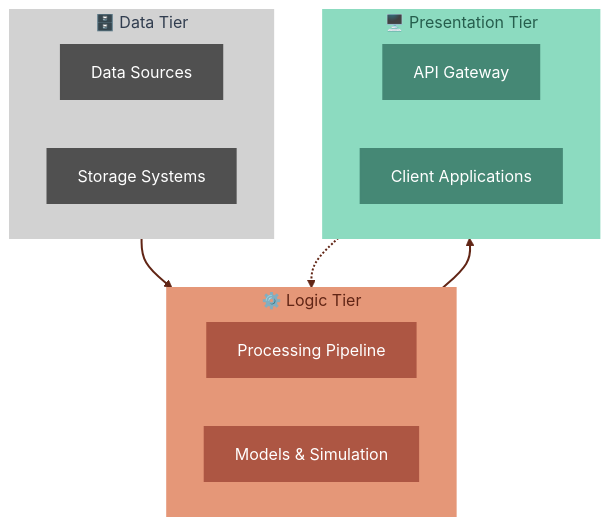
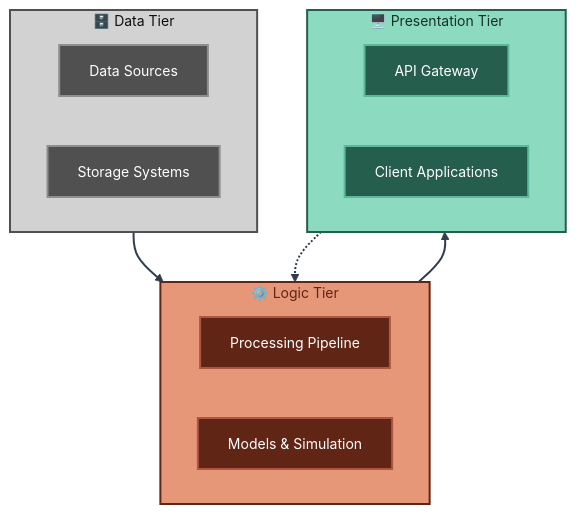
One commit to XRFutureForests/digital-twin-db changed the first of 4 diagrams in docs/architecture/detailed-architecture.md. Above: the diagram before and after it, drawn with Mermaid. The commit also changed other lines of this file and 13 other files, not shown here.

````diff
--- a/docs/architecture/detailed-architecture.md
+++ b/docs/architecture/detailed-architecture.md
@@ -9,46 +9,49 @@
 ```mermaid
 %%{
-init: {c
+init: {
 'theme': 'base',
 'themeVariables': {
 'fontSize': '14px',
 'secondaryColor': '#8e8e8e'
 }
 }
 }%%
 flowchart TB
 subgraph DATA["🗄️ Data Tier"]
 D1[Data Sources]
 D2[Storage Systems]
 end
 
 subgraph LOGIC["⚙️ Logic Tier"]
 L1[Processing Pipeline]
 L2[Models & Simulation]
 end
 
 subgraph PRESENTATION["🖥️ Presentation Tier"]
 P1[API Gateway]
 P2[Client Applications]
 end
 
 DATA --> LOGIC
 LOGIC --> PRESENTATION
 PRESENTATION -.-> LOGIC
 
-classDef dataTier fill:#d2d2d2,stroke:#d2d2d2,stroke-width:2px,color:#313d4f
-classDef logicTier fill:#e59778,stroke:#e59778,stroke-width:2px,color:#612515
-classDef presentationTier fill:#8cdbc0,stroke:#8cdbc0,stroke-width:2px,color:#265e4d
-classDef dataNode fill:#505050,stroke:#505050,stroke-width:2px,color:#ffffff
-classDef logicNode fill:#ad5643,stroke:#ad5643,stroke-width:2px,color:#ffffff
-classDef presentationNode fill:#458875,stroke:#458875,stroke-width:2px,color:#ffffff
+%% Subgraph styling - light colors
+classDef dataTier fill:#d2d2d2,stroke:#505050,stroke-width:2px,color:#0f0f0f
+classDef logicTier fill:#e59778,stroke:#612515,stroke-width:2px,color:#612515
+classDef presentationTier fill:#8cdbc0,stroke:#265e4d,stroke-width:2px,color:#183029
+
+%% Node styling - darkest colors
+classDef dataNode fill:#505050,stroke:#8e8e8e,stroke-width:2px,color:#ffffff
+classDef logicNode fill:#612515,stroke:#ad5643,stroke-width:2px,color:#ffffff
+classDef presentationNode fill:#265e4d,stroke:#5cb89c,stroke-width:2px,color:#ffffff
 
 class DATA dataTier
 class D1,D2 dataNode
 class LOGIC logicTier
 class L1,L2 logicNode
 class PRESENTATION presentationTier
 class P1,P2 presentationNode
 
-linkStyle 0,1,2 stroke:#612515,stroke-width:2px,color:#ffffff
+linkStyle 0,1,2 stroke:#313d4f,stroke-width:2px
 ```
````
